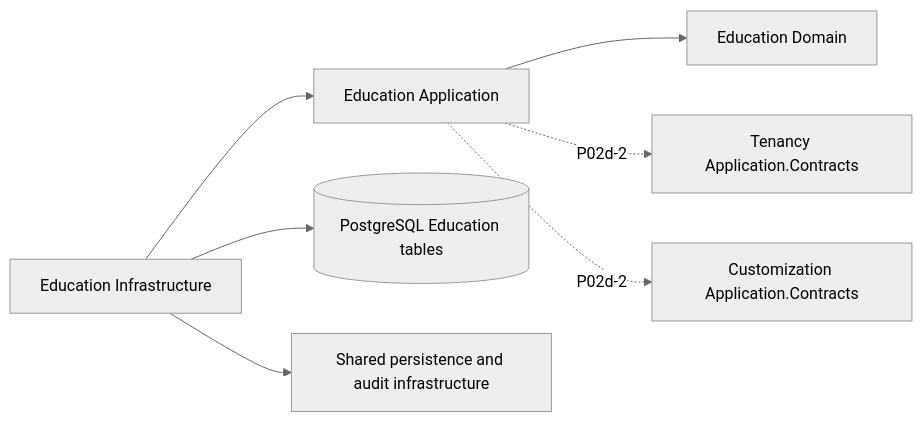
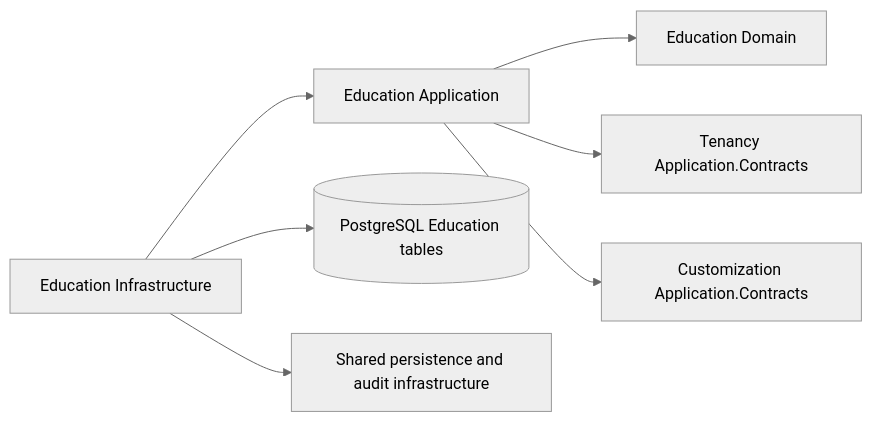
One commit to HodeTech/LearnStack changed the third of 3 diagrams in docs/modules/education/README.md. Above: the diagram before and after it, drawn with Mermaid (neutral theme). The commit also changed other lines of this file and 25 other files, not shown here.

````diff
--- a/docs/modules/education/README.md
+++ b/docs/modules/education/README.md
@@ -247,9 +251,9 @@
 ```mermaid
 flowchart LR
     EA[Education Application] --> EC[Education Domain]
     EI[Education Infrastructure] --> EA
     EI --> DB[(PostgreSQL Education tables)]
-    EA -. P02d-2 .-> TC[Tenancy Application.Contracts]
-    EA -. P02d-2 .-> CC[Customization Application.Contracts]
+    EA --> TC[Tenancy Application.Contracts]
+    EA --> CC[Customization Application.Contracts]
     EI --> SK[Shared persistence and audit infrastructure]
 ```
````
